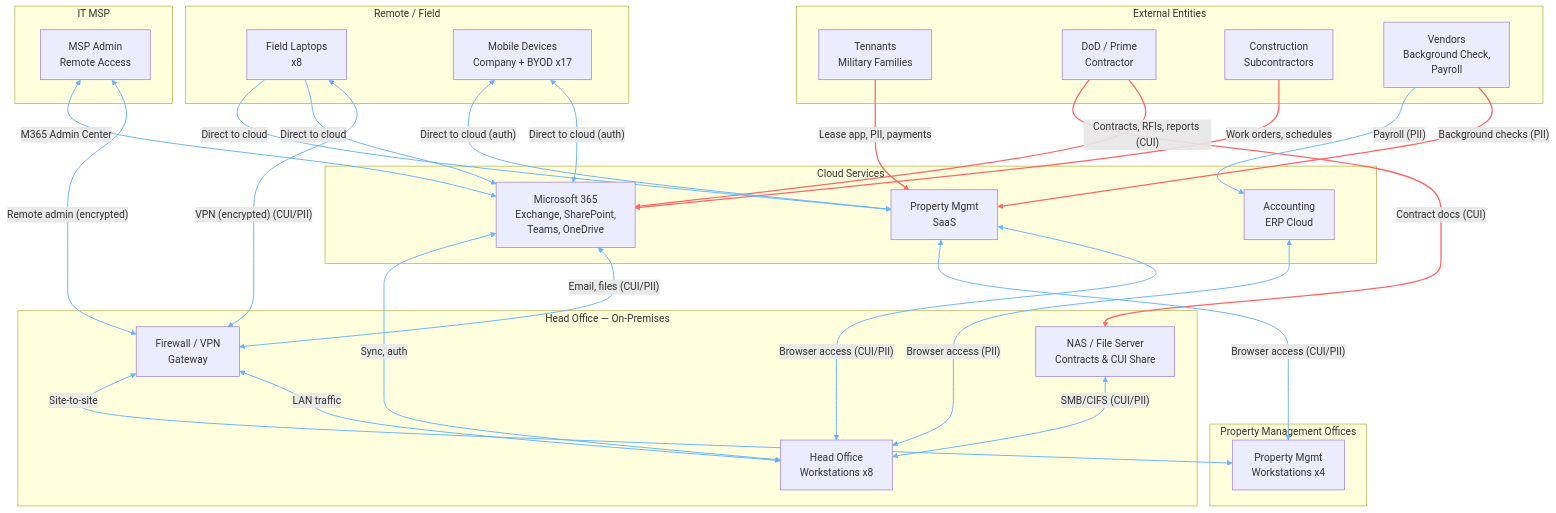
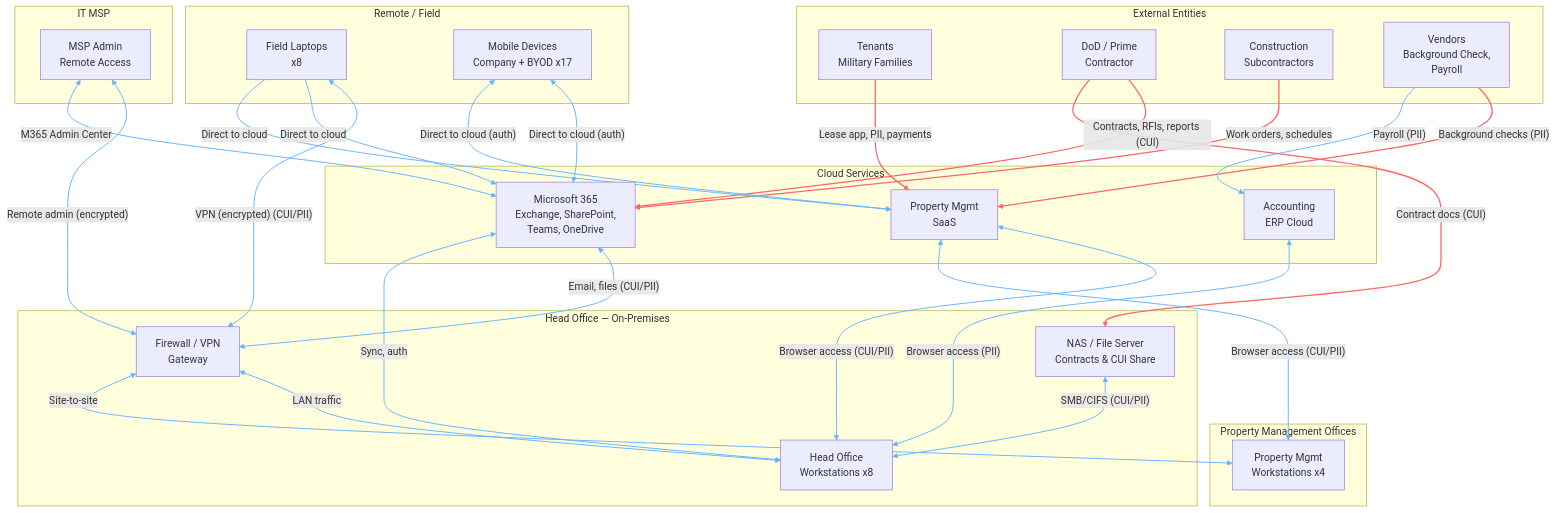
The first of 2 diagrams in Data-Flow-Diagram.md (yanis35/nist-sp800-171-readiness-assessment), drawn with Mermaid before and after one commit. The commit also changed other lines of this file and 5 other files, not shown here.

````diff
--- a/Data-Flow-Diagram.md
+++ b/Data-Flow-Diagram.md
@@ -17,69 +17,69 @@
 ```mermaid
 flowchart TB
     subgraph EXTERNAL["External Entities"]
-        T[Tennants<br/>Military Families]
+        T[Tenants<br/>Military Families]
         G[DoD / Prime<br/>Contractor]
         S[Construction<br/>Subcontractors]
         V[Vendors<br/>Background Check,<br/>Payroll]
     end
 
     subgraph CLOUD["Cloud Services"]
         M365[Microsoft 365<br/>Exchange, SharePoint,<br/>Teams, OneDrive]
         PMS[Property Mgmt<br/>SaaS]
         ERP[Accounting<br/>ERP Cloud]
     end
 
     subgraph ONPREM["Head Office — On-Premises"]
         NAS[NAS / File Server<br/>Contracts & CUI Share]
         FW[Firewall / VPN<br/>Gateway]
         WKS_HQ[Head Office<br/>Workstations x8]
     end
 
     subgraph PROPERTY["Property Management Offices"]
         WKS_PM[Property Mgmt<br/>Workstations x4]
     end
 
     subgraph REMOTE["Remote / Field"]
         LAP[Field Laptops<br/>x8]
         MOB[Mobile Devices<br/>Company + BYOD x17]
     end
 
     subgraph MSP["IT MSP"]
         MSP_TECH[MSP Admin<br/>Remote Access]
     end
 
     %% External → Cloud
     T -- "Lease app, PII, payments" --> PMS
     G -- "Contracts, RFIs, reports (CUI)" --> M365
     G -- "Contract docs (CUI)" --> NAS
     S -- "Work orders, schedules" --> M365
     V -- "Background checks (PII)" --> PMS
     V -- "Payroll (PII)" --> ERP
 
     %% Cloud ↔ On-Prem
     M365 <-- "Email, files (CUI/PII)" --> FW
     M365 <-- "Sync, auth" --> WKS_HQ
     PMS <-- "Browser access (CUI/PII)" --> WKS_HQ
     PMS <-- "Browser access (CUI/PII)" --> WKS_PM
     ERP <-- "Browser access (PII)" --> WKS_HQ
 
     %% On-Prem Internal
     NAS <-- "SMB/CIFS (CUI/PII)" --> WKS_HQ
     FW <-- "LAN traffic" --> WKS_HQ
     FW <-- "Site-to-site" --> WKS_PM
 
     %% Remote Access
     LAP <-- "VPN (encrypted) (CUI/PII)" --> FW
     LAP -- "Direct to cloud" --> M365
     LAP -- "Direct to cloud" --> PMS
     MOB <-- "Direct to cloud (auth)" --> M365
     MOB <-- "Direct to cloud (auth)" --> PMS
 
     %% MSP Access
     MSP_TECH <-- "Remote admin (encrypted)" --> FW
     MSP_TECH <-- "M365 Admin Center" --> M365
 
     %% Data Flow Labels
     linkStyle 0,1,2,3,4 stroke:#ff6666,stroke-width:2px
     linkStyle 5,6,7,8,9,10,11,12,13,14,15,16,17,18,19,20 stroke:#66b3ff,stroke-width:1.5px
 ```
````
